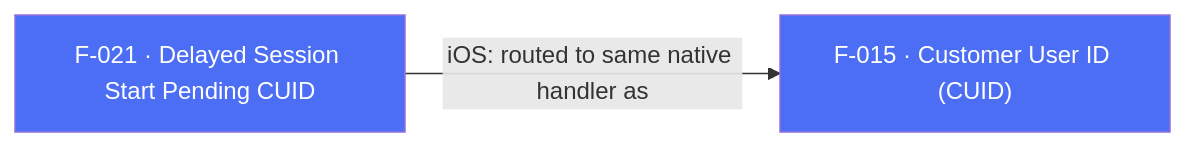
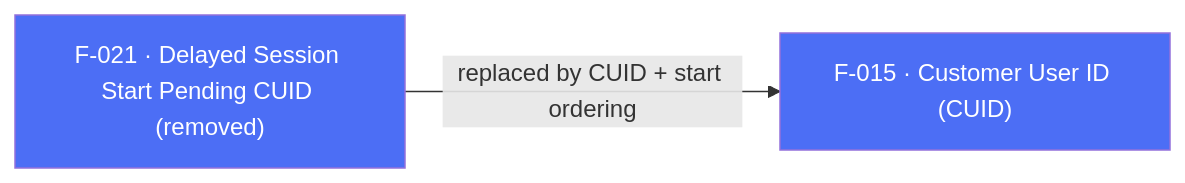
Before and after one commit to AppsFlyerSDK/appsflyer-flutter-plugin: the diagram in internal-docs/features/F-021-delayed-session-start-pending-cuid.md, drawn with Mermaid. The commit also changed other lines of this file and 112 other files, not shown here.

First line of the commit message:
[DELIVERY-125863] Migrate Flutter plugin to AppsFlyer SDK 7 RPC architecture.

````diff
--- a/internal-docs/features/F-021-delayed-session-start-pending-cuid.md
+++ b/internal-docs/features/F-021-delayed-session-start-pending-cuid.md
@@ -73,5 +60,5 @@
 ```mermaid
 flowchart LR
-    F021["F-021 · Delayed Session Start Pending CUID"]:::sdkCore -->|"iOS: routed to same native handler as"| F015["F-015 · Customer User ID (CUID)"]:::sdkCore
+    F021["F-021 · Delayed Session Start Pending CUID (removed)"]:::sdkCore -->|"replaced by CUID + start ordering"| F015["F-015 · Customer User ID (CUID)"]:::sdkCore
     classDef sdkCore fill:#4C6EF5,color:#fff
 ```
````
